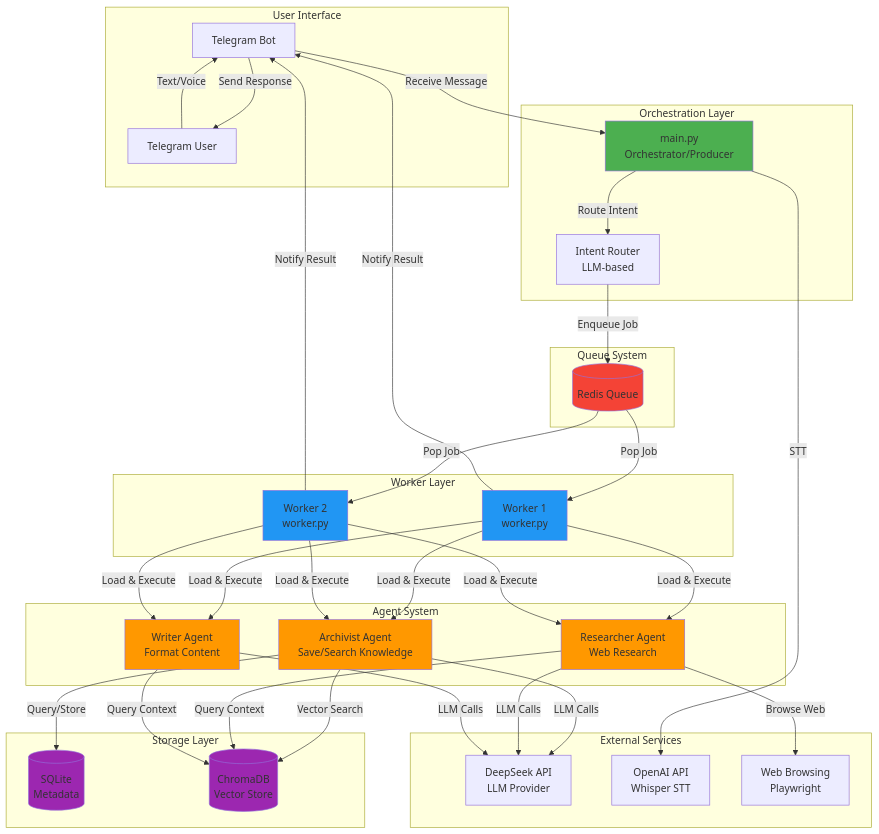
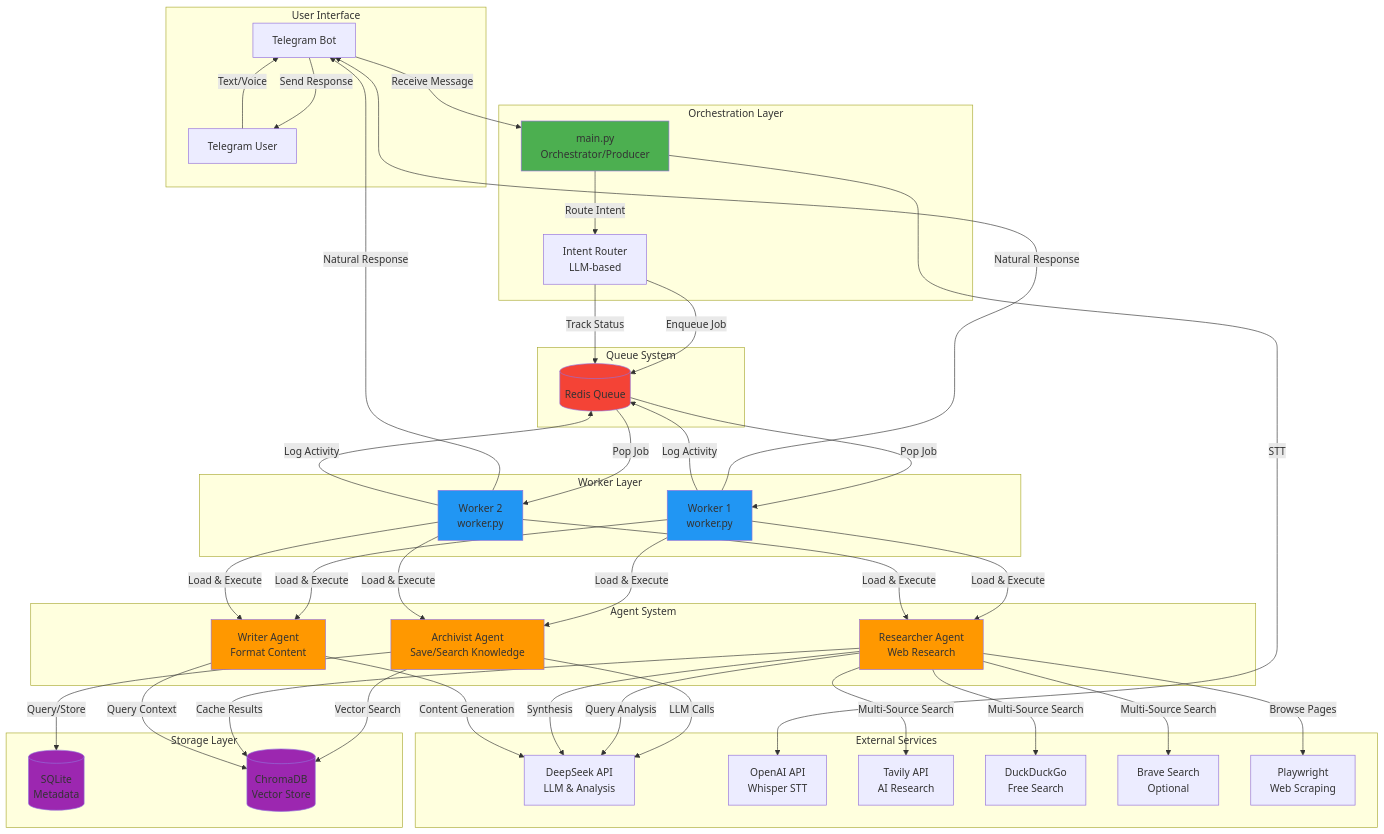
One commit to mkierin/assistant-brain-os changed the first of 4 diagrams in README.md. Above: the diagram before and after it, drawn with Mermaid. The commit also changed other lines of this file and 17 other files, not shown here.

```diff
--- a/README.md
+++ b/README.md
@@ -58,9 +58,12 @@
     end
 
     subgraph "External Services"
-        DEEPSEEK[DeepSeek API<br/>LLM Provider]
+        DEEPSEEK[DeepSeek API<br/>LLM & Analysis]
         OPENAI[OpenAI API<br/>Whisper STT]
-        WEB[Web Browsing<br/>Playwright]
+        TAVILY[Tavily API<br/>AI Research]
+        DDG[DuckDuckGo<br/>Free Search]
+        BRAVE[Brave Search<br/>Optional]
+        PLAYWRIGHT[Playwright<br/>Web Scraping]
     end
 
     TGU -->|Text/Voice| TG
@@ -68,6 +71,7 @@
     MAIN -->|STT| OPENAI
     MAIN -->|Route Intent| ROUTER
     ROUTER -->|Enqueue Job| REDIS
+    ROUTER -->|Track Status| REDIS
 
     REDIS -->|Pop Job| W1
     REDIS -->|Pop Job| W2
@@ -81,16 +85,22 @@
 
     ARCH -->|Query/Store| SQLITE
     ARCH -->|Vector Search| CHROMA
-    RES -->|Query Context| CHROMA
-    RES -->|Browse Web| WEB
+    RES -->|Multi-Source Search| TAVILY
+    RES -->|Multi-Source Search| DDG
+    RES -->|Multi-Source Search| BRAVE
+    RES -->|Cache Results| CHROMA
+    RES -->|Browse Pages| PLAYWRIGHT
     WRI -->|Query Context| CHROMA
 
     ARCH -->|LLM Calls| DEEPSEEK
-    RES -->|LLM Calls| DEEPSEEK
-    WRI -->|LLM Calls| DEEPSEEK
+    RES -->|Query Analysis| DEEPSEEK
+    RES -->|Synthesis| DEEPSEEK
+    WRI -->|Content Generation| DEEPSEEK
 
-    W1 -->|Notify Result| TG
-    W2 -->|Notify Result| TG
+    W1 -->|Natural Response| TG
+    W2 -->|Natural Response| TG
+    W1 -->|Log Activity| REDIS
+    W2 -->|Log Activity| REDIS
     TG -->|Send Response| TGU
 
     style MAIN fill:#4CAF50
```
